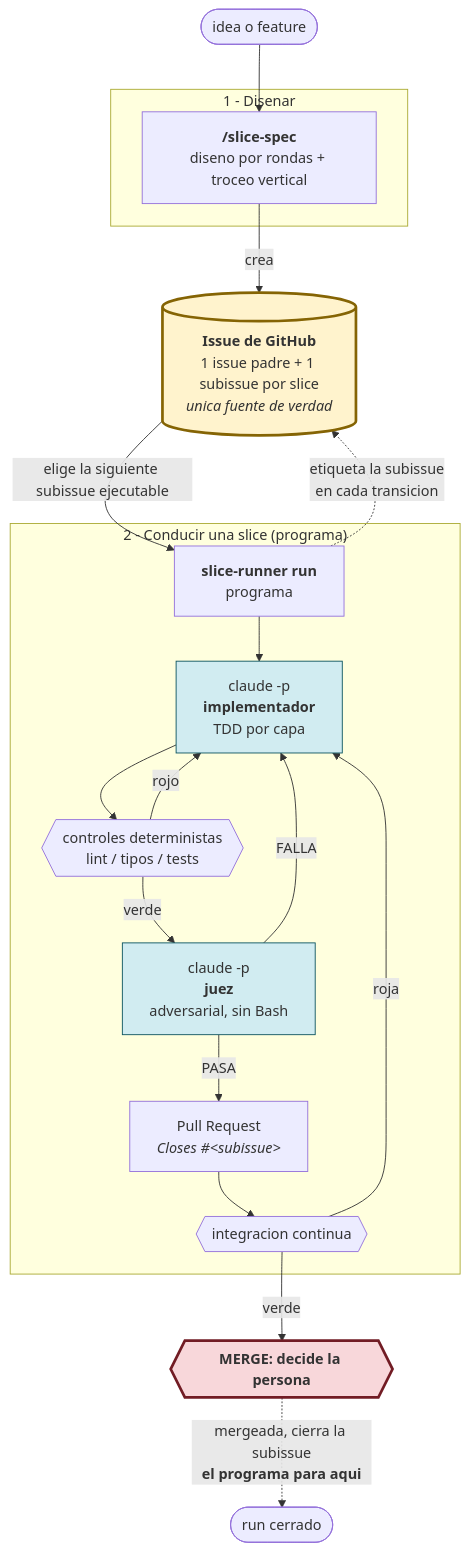
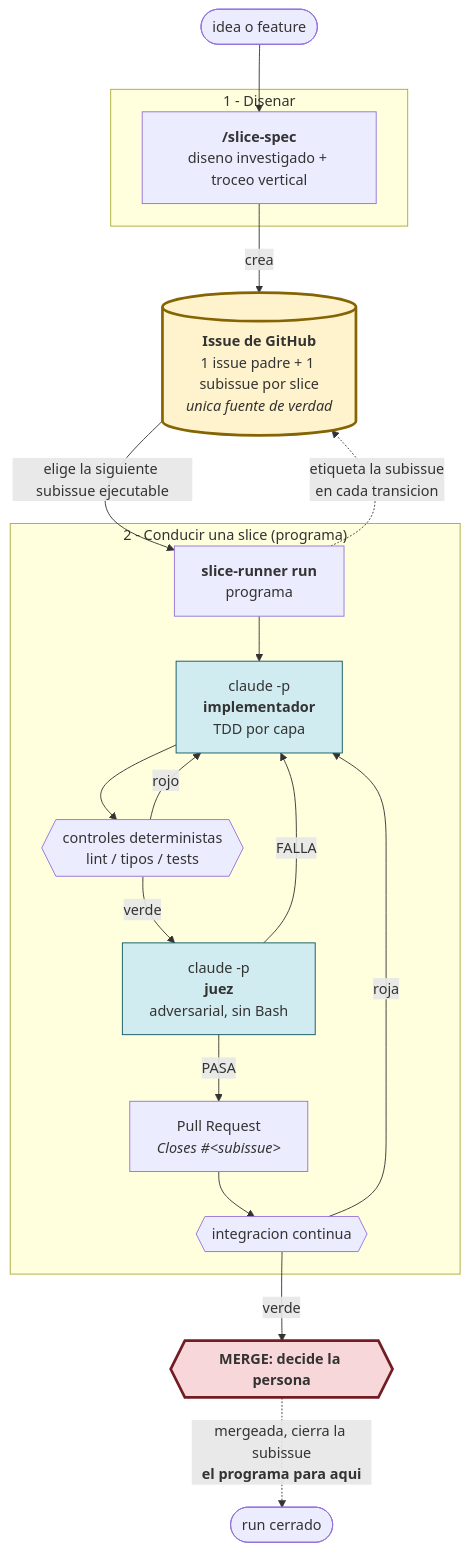
One commit to alcaptar/agentic-skills changed the diagram in README.md. Above: the diagram before and after it, drawn with Mermaid. The commit also changed other lines of this file and 4 other files, not shown here.

Commit message:
docs(slice-spec): Que el diseno pregunte solo lo ambiguo que cambia lo que se construye

````diff
--- a/README.md
+++ b/README.md
@@ -44,40 +44,40 @@
 ```mermaid
 flowchart TD
     idea([idea o feature]) --> spec
 
     subgraph spec_phase["1 - Disenar"]
-        spec["<b>/slice-spec</b><br/>diseno por rondas + troceo vertical"]
+        spec["<b>/slice-spec</b><br/>diseno investigado + troceo vertical"]
     end
 
     spec -->|crea| issue[("<b>Issue de GitHub</b><br/>1 issue padre + 1 subissue por slice<br/><i>unica fuente de verdad</i>")]
 
     issue -->|"elige la siguiente subissue ejecutable"| runner
 
     subgraph runner_phase["2 - Conducir una slice (programa)"]
         runner["<b>slice-runner run</b><br/>programa"]
         impl["claude -p<br/><b>implementador</b><br/>TDD por capa"]
         ctrl{{"controles deterministas<br/>lint / tipos / tests"}}
         verif["claude -p<br/><b>juez</b><br/>adversarial, sin Bash"]
         pr["Pull Request<br/><i>Closes #&lt;subissue&gt;</i>"]
         ci{{"integracion continua"}}
 
         runner --> impl --> ctrl
         ctrl -->|rojo| impl
         ctrl -->|verde| verif
         verif -->|FALLA| impl
         verif -->|PASA| pr --> ci
         ci -->|roja| impl
     end
 
     ci -->|verde| gate1
 
     gate1{{"<b>MERGE: decide la persona</b>"}}
     gate1 -.->|"mergeada, cierra la subissue<br/><b>el programa para aqui</b>"| closed([run cerrado])
 
     runner -.->|"etiqueta la subissue<br/>en cada transicion"| issue
 
     style issue fill:#fff3cd,stroke:#856404,stroke-width:3px
     style gate1 fill:#f8d7da,stroke:#721c24,stroke-width:3px
     style verif fill:#d1ecf1,stroke:#0c5460
     style impl fill:#d1ecf1,stroke:#0c5460
 ```
````
